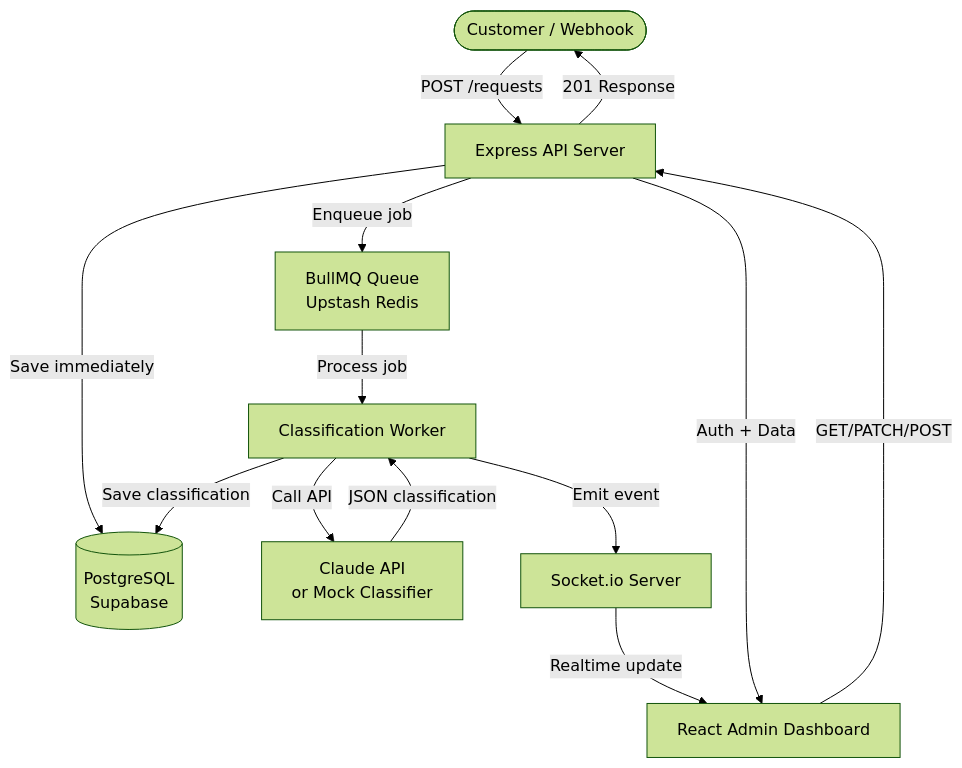
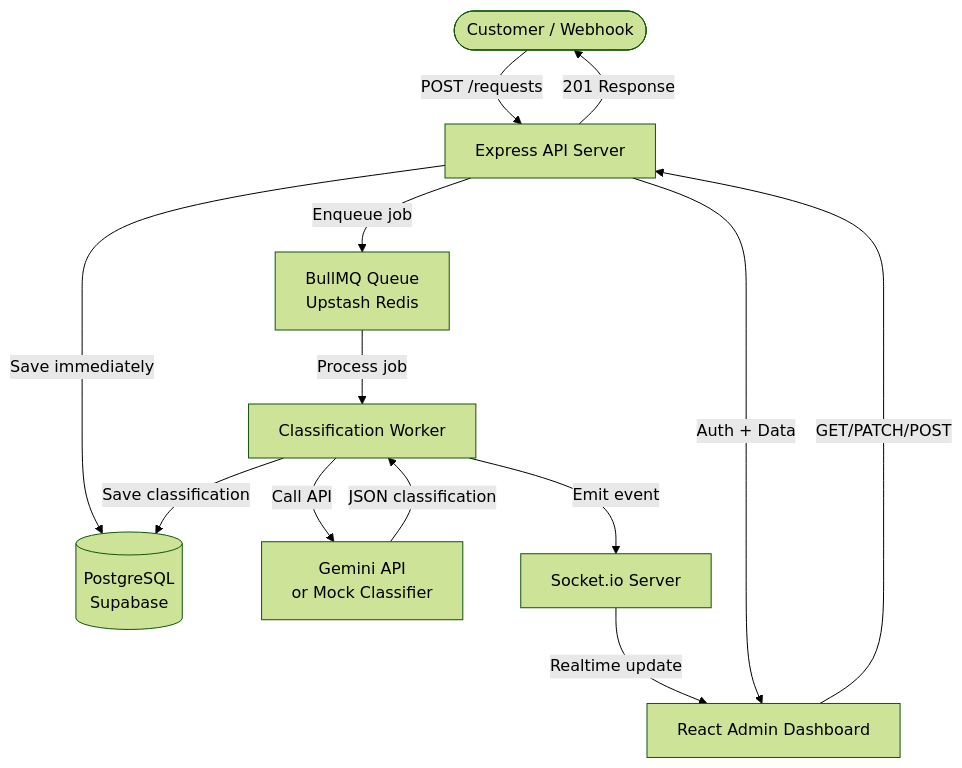
The diagram in SRS.md (agni-007/Sense-Ai), drawn with Mermaid (forest theme) before and after one commit. The commit also changed other lines of this file and 16 other files, not shown here.

````diff
--- a/SRS.md
+++ b/SRS.md
@@ -580,15 +580,15 @@
 ```mermaid
 flowchart TD
     Customer([Customer / Webhook]) -->|POST /requests| API[Express API Server]
     API -->|Save immediately| DB[(PostgreSQL\nSupabase)]
     API -->|Enqueue job| Queue[BullMQ Queue\nUpstash Redis]
     API -->|201 Response| Customer
     Queue -->|Process job| Worker[Classification Worker]
-    Worker -->|Call API| AI[Claude API\nor Mock Classifier]
+    Worker -->|Call API| AI[Gemini API\nor Mock Classifier]
     AI -->|JSON classification| Worker
     Worker -->|Save classification| DB
     Worker -->|Emit event| Socket[Socket.io Server]
     Socket -->|Realtime update| AdminUI[React Admin Dashboard]
     AdminUI -->|GET/PATCH/POST| API
     API -->|Auth + Data| AdminUI
 ```
````
